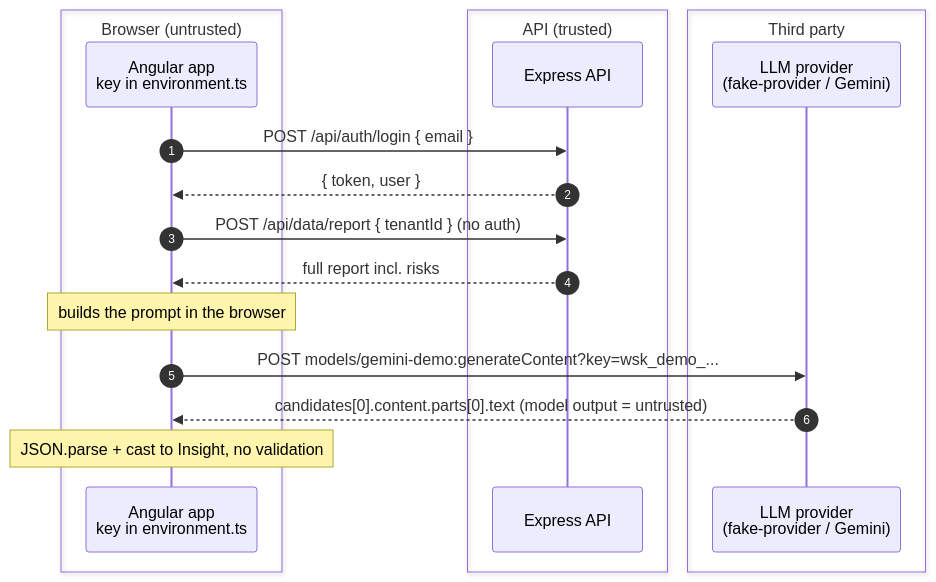
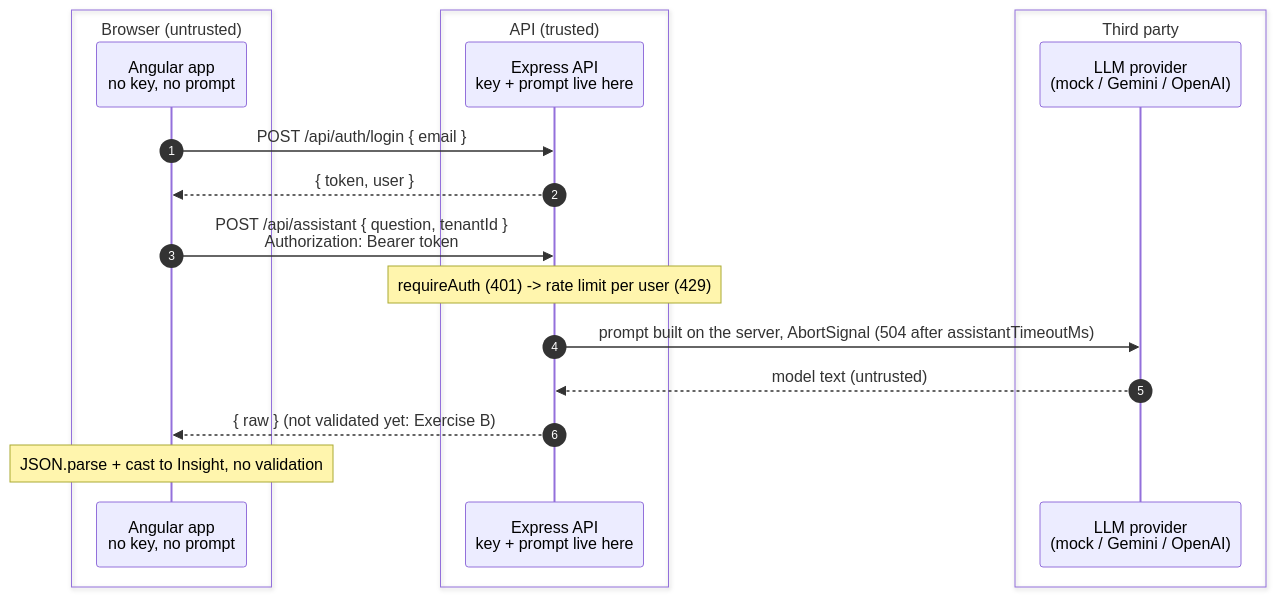
The diagram in docs/architecture.md (willmendesneto/workshop-secure-ai-features-in-modern-apps), drawn with Mermaid before and after one commit. The commit also changed other lines of this file and 20 other files, not shown here.

Commit message:
feat(step-2): solve exercise A (server-side provider, auth, rate limit, timeout); add exercise B materials

````diff
--- a/docs/architecture.md
+++ b/docs/architecture.md
@@ -14,21 +17,21 @@
 ```mermaid
 sequenceDiagram
   autonumber
   box Browser (untrusted)
-    participant UI as Angular app<br/>key in environment.ts
+    participant UI as Angular app<br/>no key, no prompt
   end
   box API (trusted)
-    participant API as Express API
+    participant API as Express API<br/>key + prompt live here
   end
   box Third party
-    participant P as LLM provider<br/>(fake-provider / Gemini)
+    participant P as LLM provider<br/>(mock / Gemini / OpenAI)
   end
   UI->>API: POST /api/auth/login { email }
   API-->>UI: { token, user }
-  UI->>API: POST /api/data/report { tenantId }  (no auth)
-  API-->>UI: full report incl. risks
-  Note over UI: builds the prompt in the browser
-  UI->>P: POST models/gemini-demo:generateContent?key=wsk_demo_...
-  P-->>UI: candidates[0].content.parts[0].text (model output = untrusted)
+  UI->>API: POST /api/assistant { question, tenantId }<br/>Authorization: Bearer token
+  Note over API: requireAuth (401) -> rate limit per user (429)
+  API->>P: prompt built on the server, AbortSignal (504 after assistantTimeoutMs)
+  P-->>API: model text (untrusted)
+  API-->>UI: { raw } (not validated yet: Exercise B)
   Note over UI: JSON.parse + cast to Insight, no validation
 ```
````
